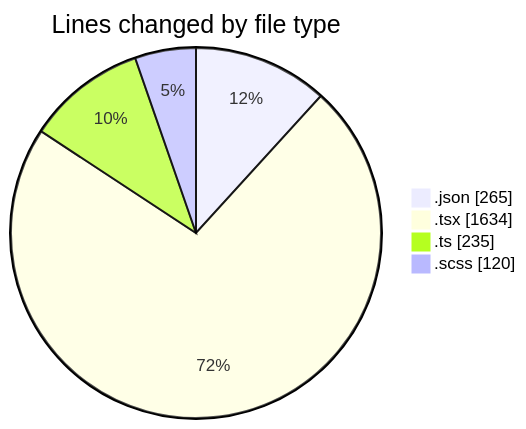
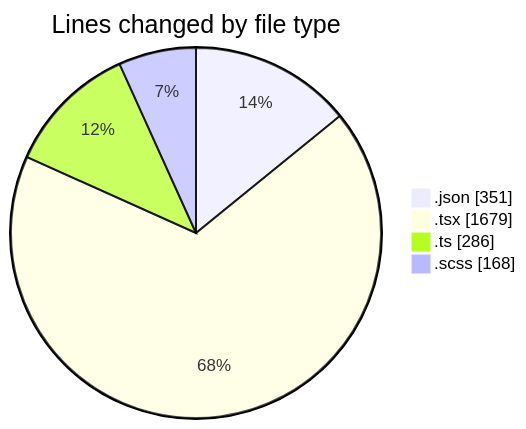
One commit to momahboobian/code-tracking changed the first of 2 diagrams in 2026-04-22/cda/README.md. Above: the diagram before and after it, drawn with Mermaid. The commit also changed other lines of this file and 1 other file, not shown here.

````diff
--- a/2026-04-22/cda/README.md
+++ b/2026-04-22/cda/README.md
@@ -31,8 +36,8 @@
 ```mermaid
 pie showData
 title Lines changed by file type
-".json" : 265
-".tsx" : 1634
-".ts" : 235
-".scss" : 120
+".json" : 351
+".tsx" : 1679
+".ts" : 286
+".scss" : 168
 ```
````
